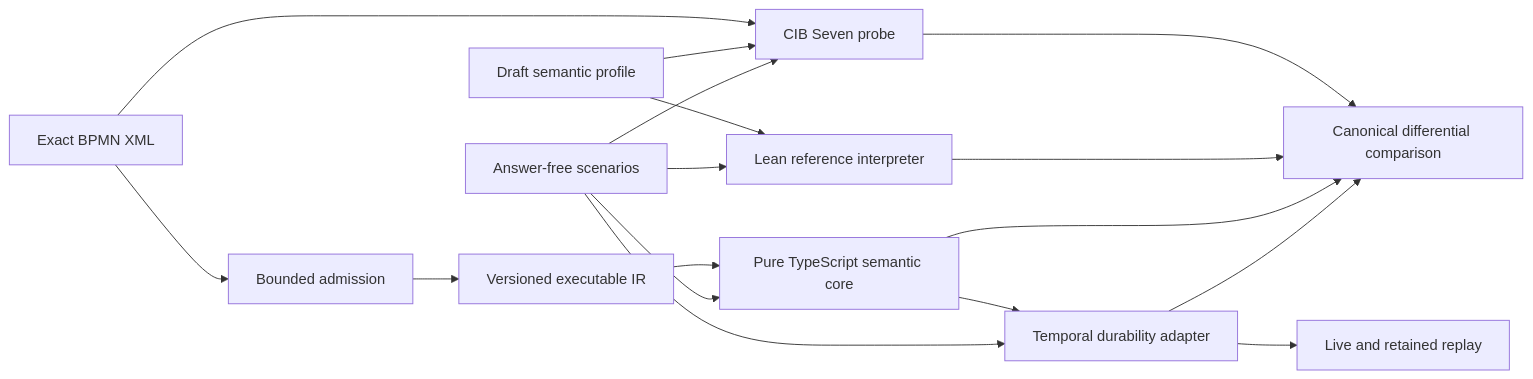
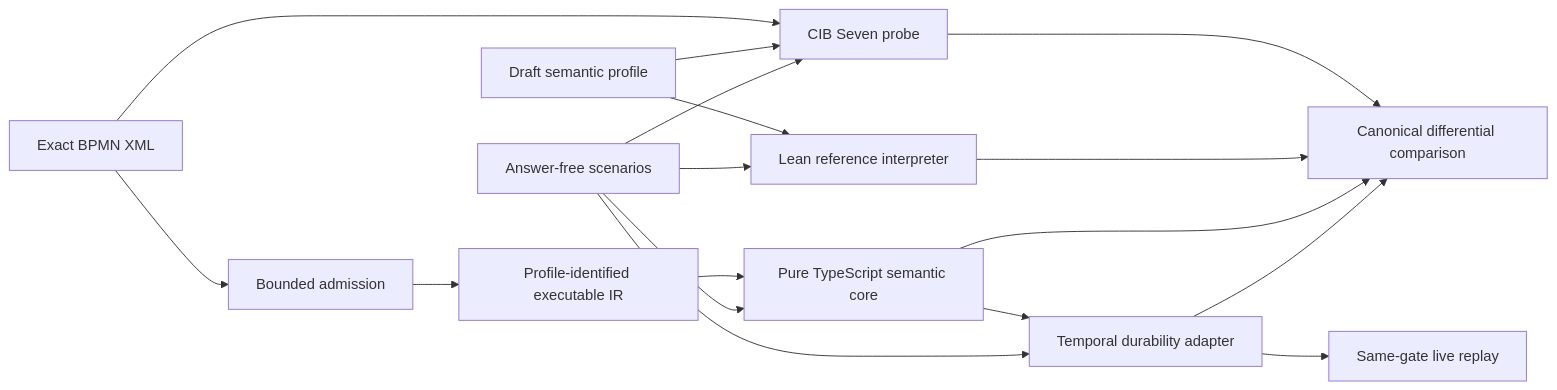
One commit to mbackschat/bpmn-lean-experiment changed the diagram in docs/MVP-WALKTHROUGH.md. Above: the diagram before and after it, drawn with Mermaid. The commit also changed other lines of this file and 93 other files, not shown here.

Commit message:
refactor(architecture): remove prototype compatibility paths

````diff
--- a/docs/MVP-WALKTHROUGH.md
+++ b/docs/MVP-WALKTHROUGH.md
@@ -15,21 +15,21 @@
 ```mermaid
 flowchart LR
   XML[Exact BPMN XML] --> Import[Bounded admission]
-  Import --> IR[Versioned executable IR]
+  Import --> IR[Profile-identified executable IR]
   IR --> Core[Pure TypeScript semantic core]
   Core --> Temporal[Temporal durability adapter]
 
   XML --> CIB[CIB Seven probe]
   Profile[Draft semantic profile] --> CIB
   Profile --> Lean[Lean reference interpreter]
   Scenario[Answer-free scenarios] --> CIB
   Scenario --> Lean
   Scenario --> Core
   Scenario --> Temporal
 
   CIB --> Diff[Canonical differential comparison]
   Lean --> Diff
   Core --> Diff
   Temporal --> Diff
-  Temporal --> Replay[Live and retained replay]
+  Temporal --> Replay[Same-gate live replay]
 ```
````
